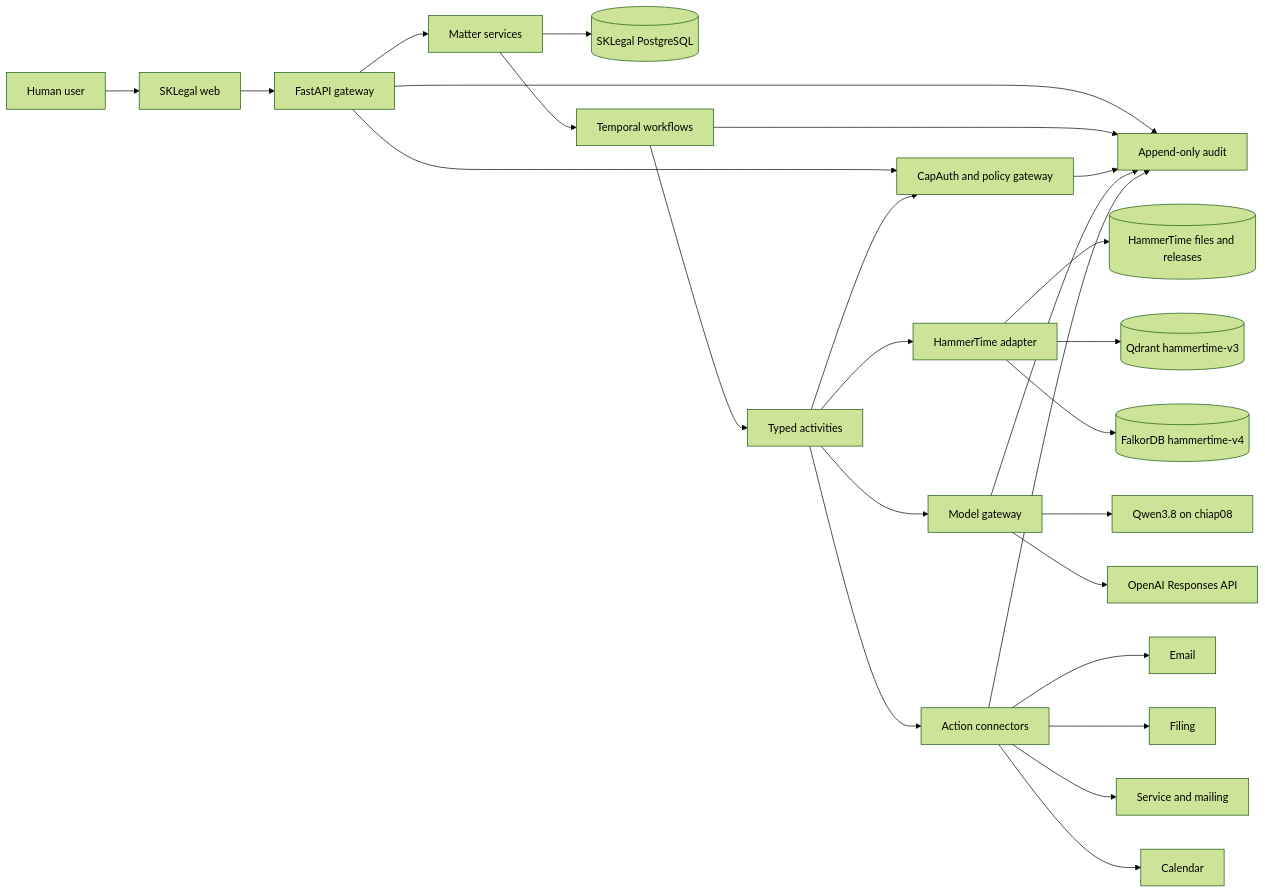
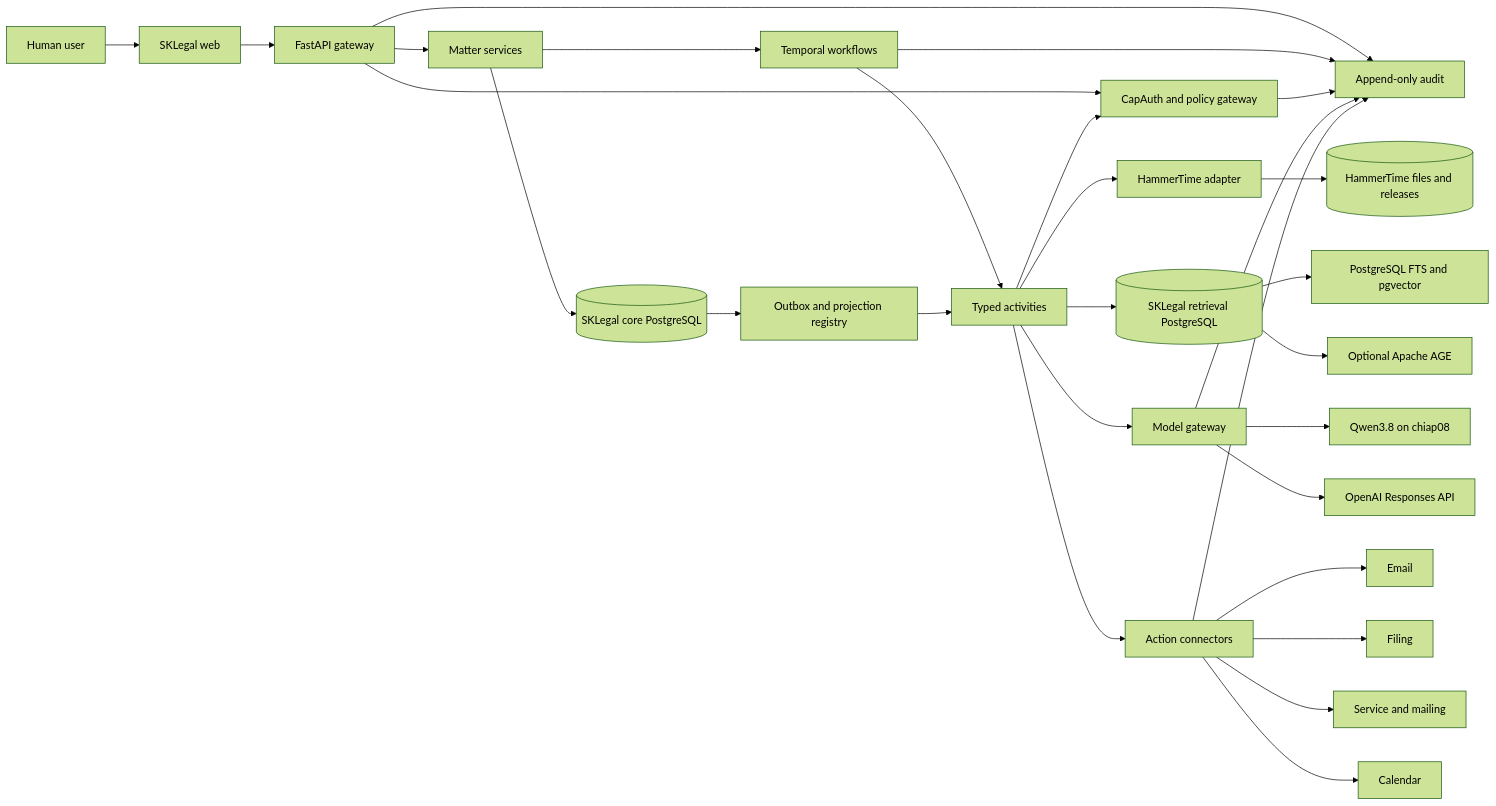
The diagram in docs/architecture/SKLEGAL-HIGH-LEVEL-TDD.md (jarvis1openclaw/skcapstone), drawn with Mermaid (forest theme) before and after one commit. The commit also changed other lines of this file and 28 other files, not shown here.

First line of the commit message:
feat: SKLegal wave 2 (test-runner unification, audit source acceptance, clean-room bounding, S2-10 retrieval amendment)

````diff
--- a/docs/architecture/SKLEGAL-HIGH-LEVEL-TDD.md
+++ b/docs/architecture/SKLEGAL-HIGH-LEVEL-TDD.md
@@ -50,28 +50,31 @@
 ```mermaid
 flowchart LR
     U[Human user] --> W[SKLegal web]
     W --> A[FastAPI gateway]
     A --> C[CapAuth and policy gateway]
     A --> M[Matter services]
-    M --> P[(SKLegal PostgreSQL)]
+    M --> P[(SKLegal core PostgreSQL)]
+    P --> O[Outbox and projection registry]
     M --> T[Temporal workflows]
     T --> X[Typed activities]
     X --> C
     X --> H[HammerTime adapter]
     H --> F[(HammerTime files and releases)]
-    H --> QD[(Qdrant hammertime-v3)]
-    H --> FG[(FalkorDB hammertime-v4)]
+    O --> X
+    X --> R[(SKLegal retrieval PostgreSQL)]
+    R --> V[PostgreSQL FTS and pgvector]
+    R --> G[Optional Apache AGE]
     X --> MG[Model gateway]
     MG --> QW[Qwen3.8 on chiap08]
     MG --> OA[OpenAI Responses API]
     X --> CN[Action connectors]
     CN --> EM[Email]
     CN --> FL[Filing]
     CN --> SV[Service and mailing]
     CN --> CA[Calendar]
     A --> AU[Append-only audit]
     T --> AU
     C --> AU
     MG --> AU
     CN --> AU
 ```
````
